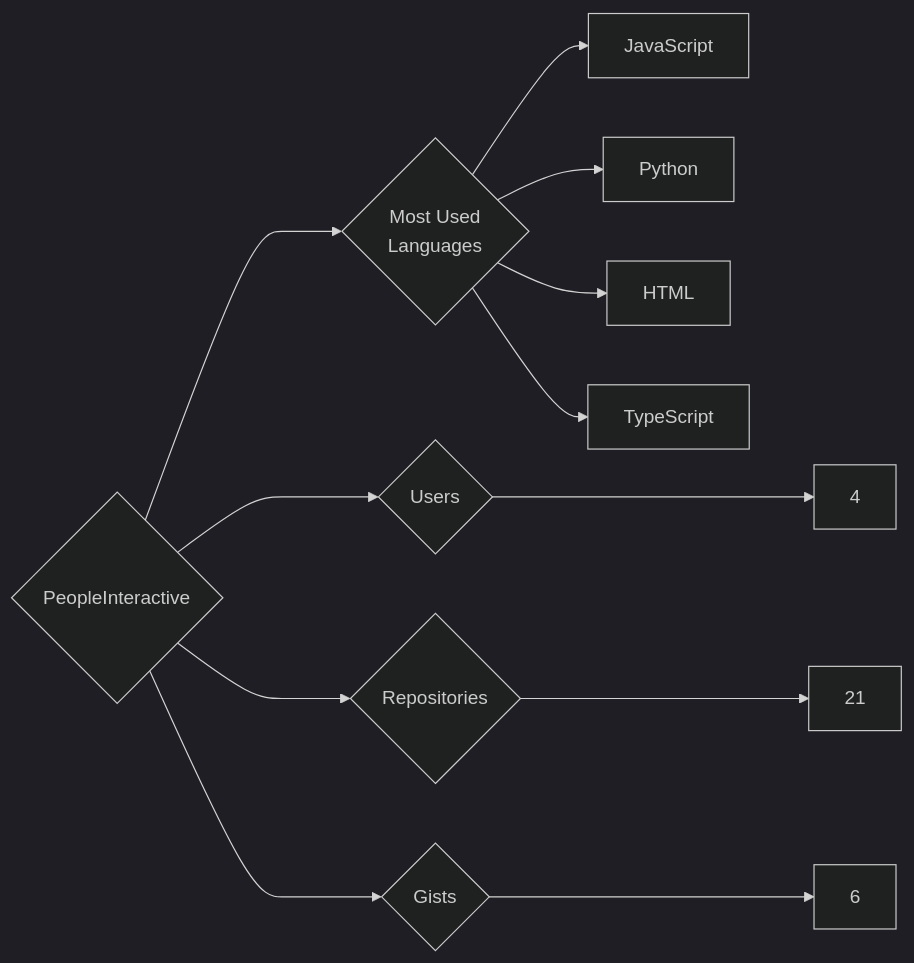
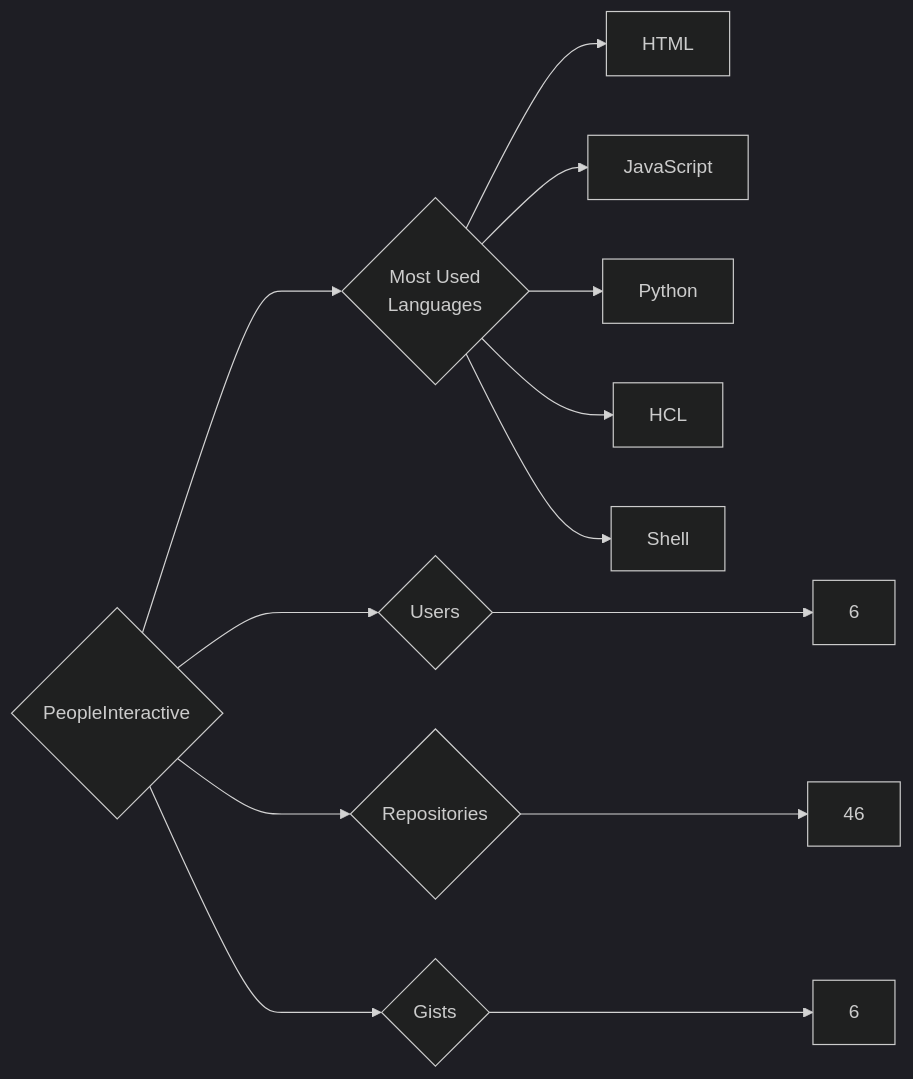
One commit to trickest/insiders changed the diagram in targets/PeopleInteractive/README.md. Above: the diagram before and after it, drawn with Mermaid (dark theme). The commit also changed 1011 other files, not shown here.

````diff
--- a/targets/PeopleInteractive/README.md
+++ b/targets/PeopleInteractive/README.md
@@ -3,12 +3,13 @@
 ```mermaid
 graph LR
 COMPANY_NAME{PeopleInteractive}
-COMPANY_NAME ---> U{Users} ---> UN[4]
-COMPANY_NAME ---> R{Repositories} ---> RN[21]
+COMPANY_NAME ---> U{Users} ---> UN[6]
+COMPANY_NAME ---> R{Repositories} ---> RN[46]
 COMPANY_NAME ---> G{Gists} ---> GN[6]
 COMPANY_NAME ---> ML{Most Used<br>Languages}
+ML --> HTML[HTML]
 ML --> JavaScript[JavaScript]
 ML --> Python[Python]
-ML --> HTML[HTML]
-ML --> TypeScript[TypeScript]
+ML --> HCL[HCL]
+ML --> Shell[Shell]
 ```
````
